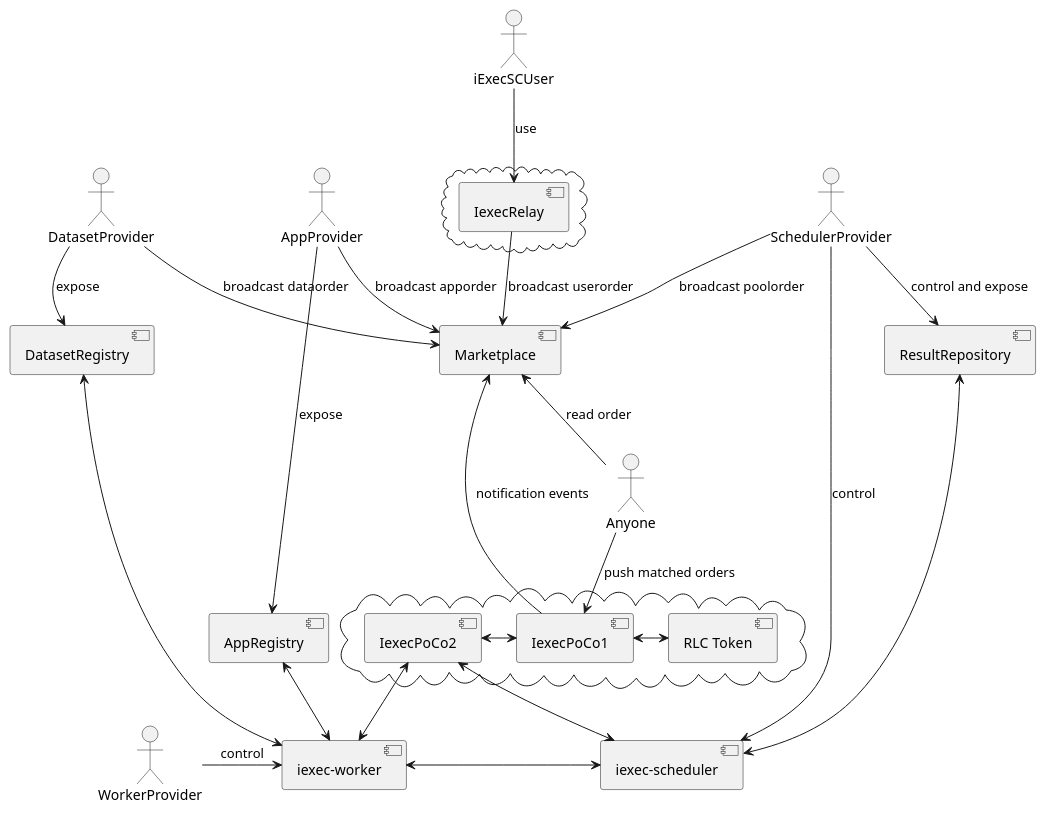
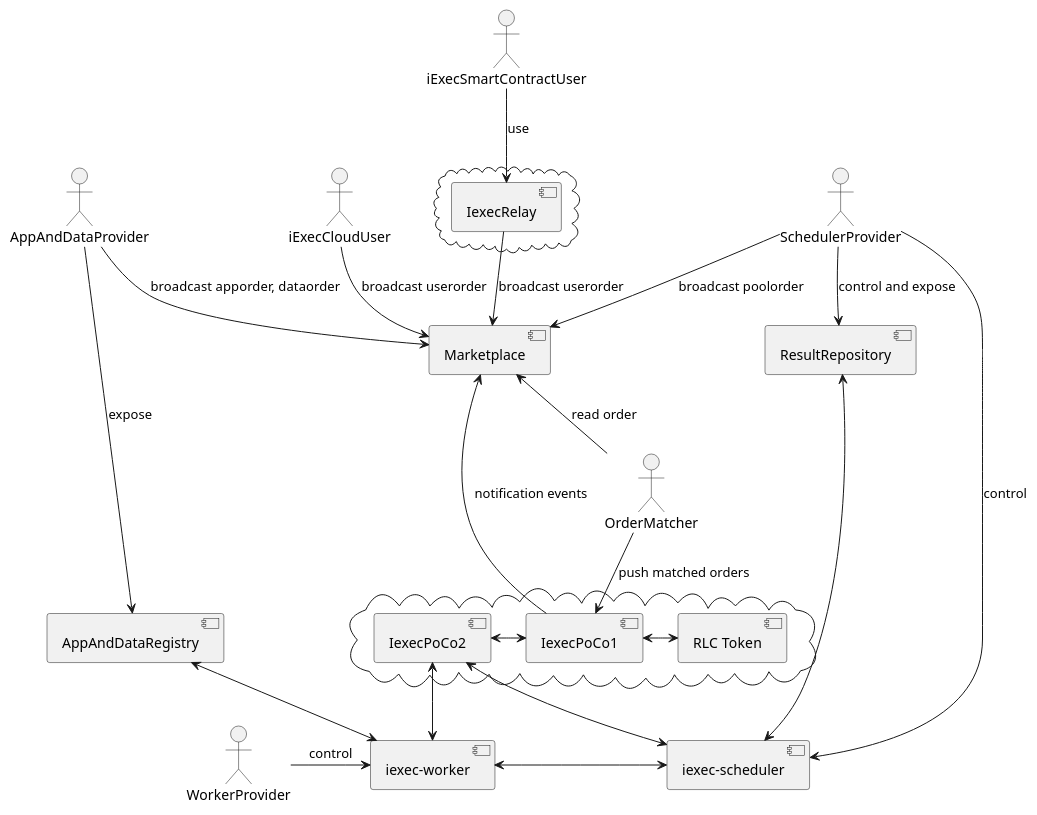
Before and after one commit to iExecBlockchainComputing/PoCo: the diagram in uml/architecture-ODB.puml, drawn with PlantUML. The commit also changed 1 other file, not shown here.

```diff
--- a/uml/architecture-ODB.puml
+++ b/uml/architecture-ODB.puml
@@ -1,56 +1,53 @@
 @startuml
-:iExecSCUser:
-:AppProvider:
-:DatasetProvider:
+:iExecCloudUser:
+:iExecSmartContractUser:
+:AppAndDataProvider:
 :SchedulerProvider:
 :WorkerProvider:
-:Anyone:
+:OrderMatcher:
 
 cloud {
-[IexecRelay]
+  [IexecRelay]
 }
 component [IexecRelay]
-iExecSCUser -down-> [IexecRelay]: use
+iExecSmartContractUser -down-> [IexecRelay]: use
 
 component [Marketplace]
 [IexecRelay] -down-> [Marketplace]: broadcast userorder
-AppProvider -down-> [Marketplace]: broadcast apporder
-DatasetProvider -down-> [Marketplace]: broadcast dataorder
+iExecCloudUser -down-> [Marketplace]: broadcast userorder
+AppAndDataProvider -down-> [Marketplace]: broadcast apporder, dataorder
 SchedulerProvider -down-> [Marketplace]: broadcast poolorder
-Anyone -up-> [Marketplace]: read order
+OrderMatcher -up-> [Marketplace]: read order
 
 cloud {
-[IexecPoCo1]
-[IexecPoCo2]
-[RLC Token]
+  [IexecPoCo1]
+  [IexecPoCo2]
+  [RLC Token]
 }
 component [IexecPoCo1]
 component [IexecPoCo2]
 component [RLC Token]
 [IexecPoCo2] <-right-> [IexecPoCo1]
 [IexecPoCo1] <-right-> [RLC Token]
 
-Anyone -down-> [IexecPoCo1]: push matched orders
+OrderMatcher -down-> [IexecPoCo1]: push matched orders
 [IexecPoCo1] -up-> [Marketplace]: notification events
 
 [iexec-scheduler] <-up-> [IexecPoCo2]
 [iexec-worker] <-up-> [IexecPoCo2]
 
-component [AppRegistry]
-component [DatasetRegistry]
+component [AppAndDataRegistry]
 component [iexec-scheduler]
 component [iexec-worker]
 component [ResultRepository]
 
-AppProvider -down-> AppRegistry: expose
-DatasetProvider -down-> DatasetRegistry: expose
+AppAndDataProvider -down-> AppAndDataRegistry: expose
 SchedulerProvider -down-> [iexec-scheduler]: control
 SchedulerProvider -down-> [ResultRepository]: control and expose
 ResultRepository <-right-> [iexec-scheduler]
 
 [WorkerProvider] -right-> [iexec-worker]: control
 
 [iexec-worker] <-right-> [iexec-scheduler]
-[iexec-worker] <-up-> [AppRegistry]
-[iexec-worker] <-up-> [DatasetRegistry]
+[iexec-worker] <-up-> [AppAndDataRegistry]
 @enduml
```
